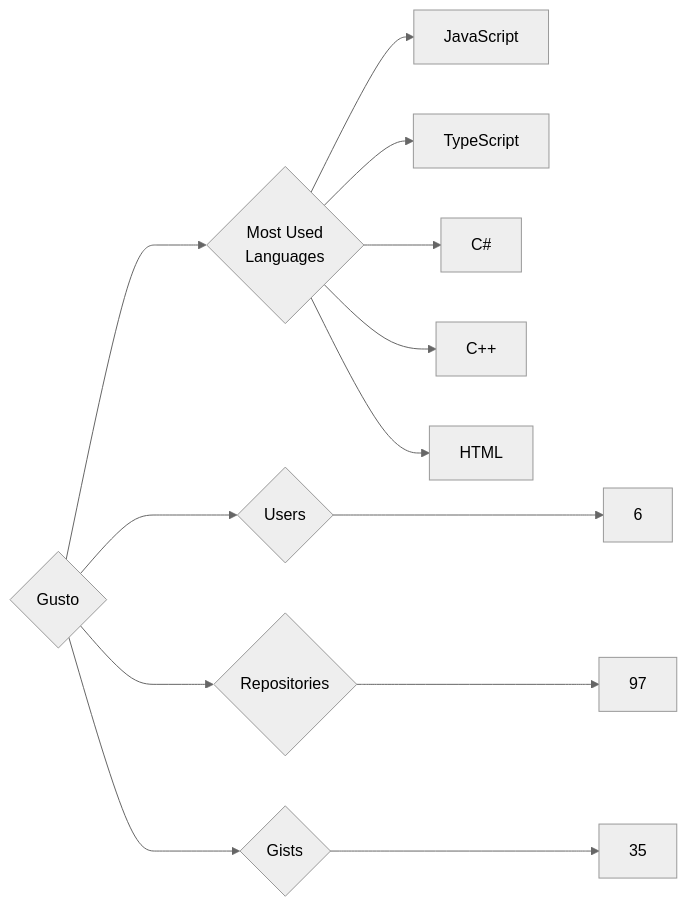
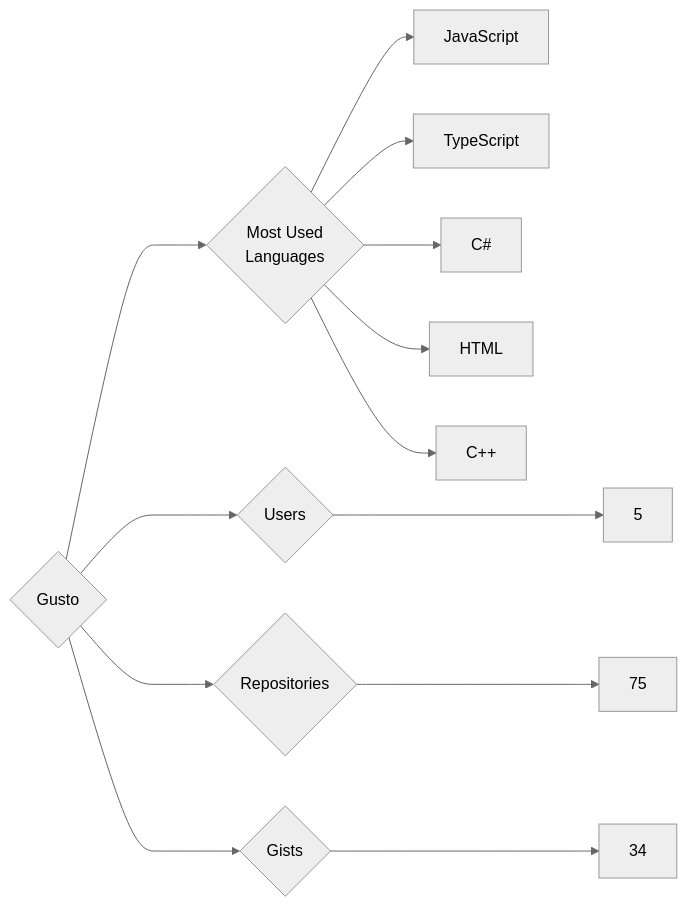
Before and after one commit to trickest/insiders: the diagram in targets/Gusto/README.md, drawn with Mermaid (neutral theme). The commit also changed 611 other files, not shown here.

````diff
--- a/targets/Gusto/README.md
+++ b/targets/Gusto/README.md
@@ -3,13 +3,13 @@
 ```mermaid
 graph LR
 COMPANY_NAME{Gusto}
-COMPANY_NAME ---> U{Users} ---> UN[6]
-COMPANY_NAME ---> R{Repositories} ---> RN[97]
-COMPANY_NAME ---> G{Gists} ---> GN[35]
+COMPANY_NAME ---> U{Users} ---> UN[5]
+COMPANY_NAME ---> R{Repositories} ---> RN[75]
+COMPANY_NAME ---> G{Gists} ---> GN[34]
 COMPANY_NAME ---> ML{Most Used<br>Languages}
 ML --> JavaScript[JavaScript]
 ML --> TypeScript[TypeScript]
 ML --> C#[C#]
+ML --> HTML[HTML]
 ML --> C++[C++]
-ML --> HTML[HTML]
 ```
````
